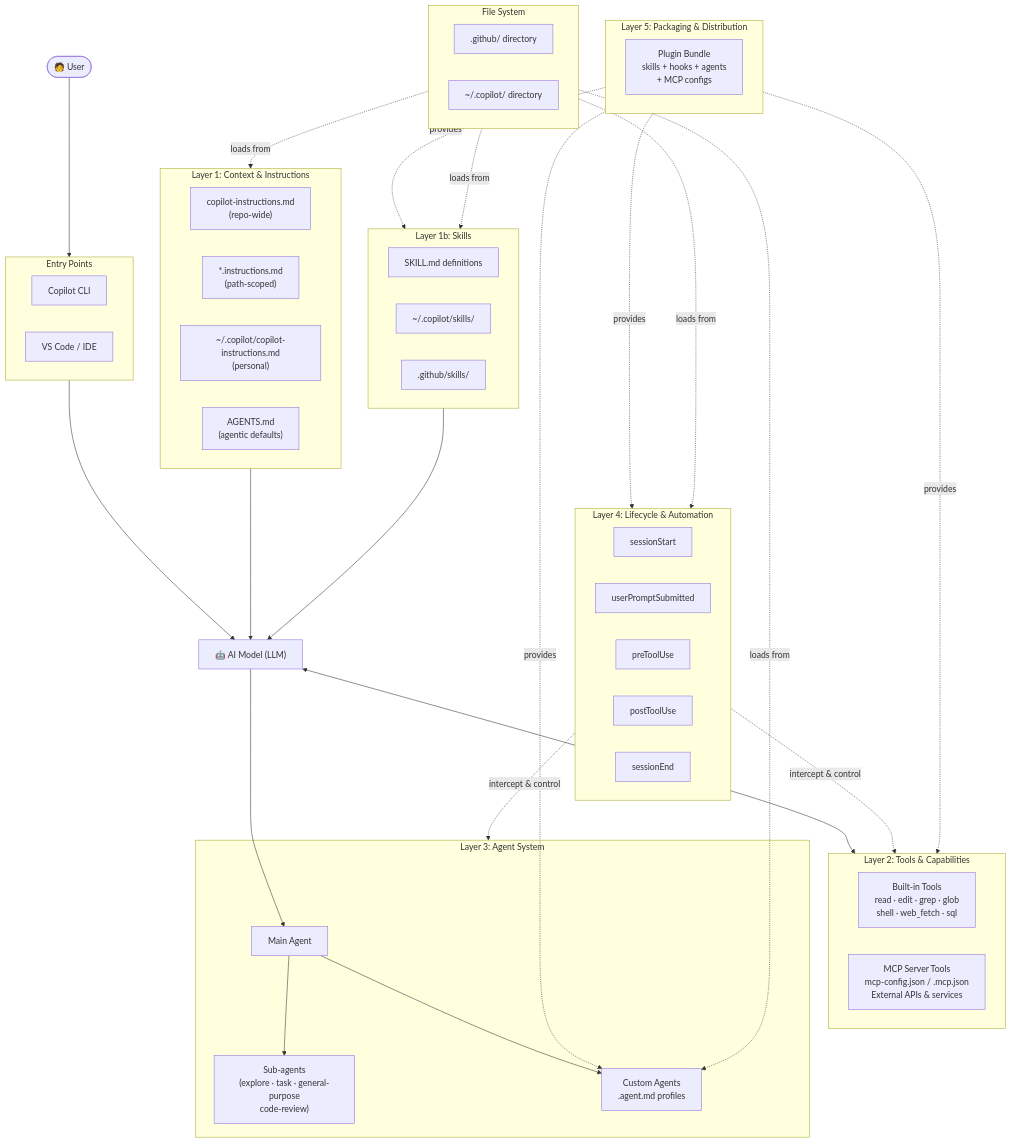
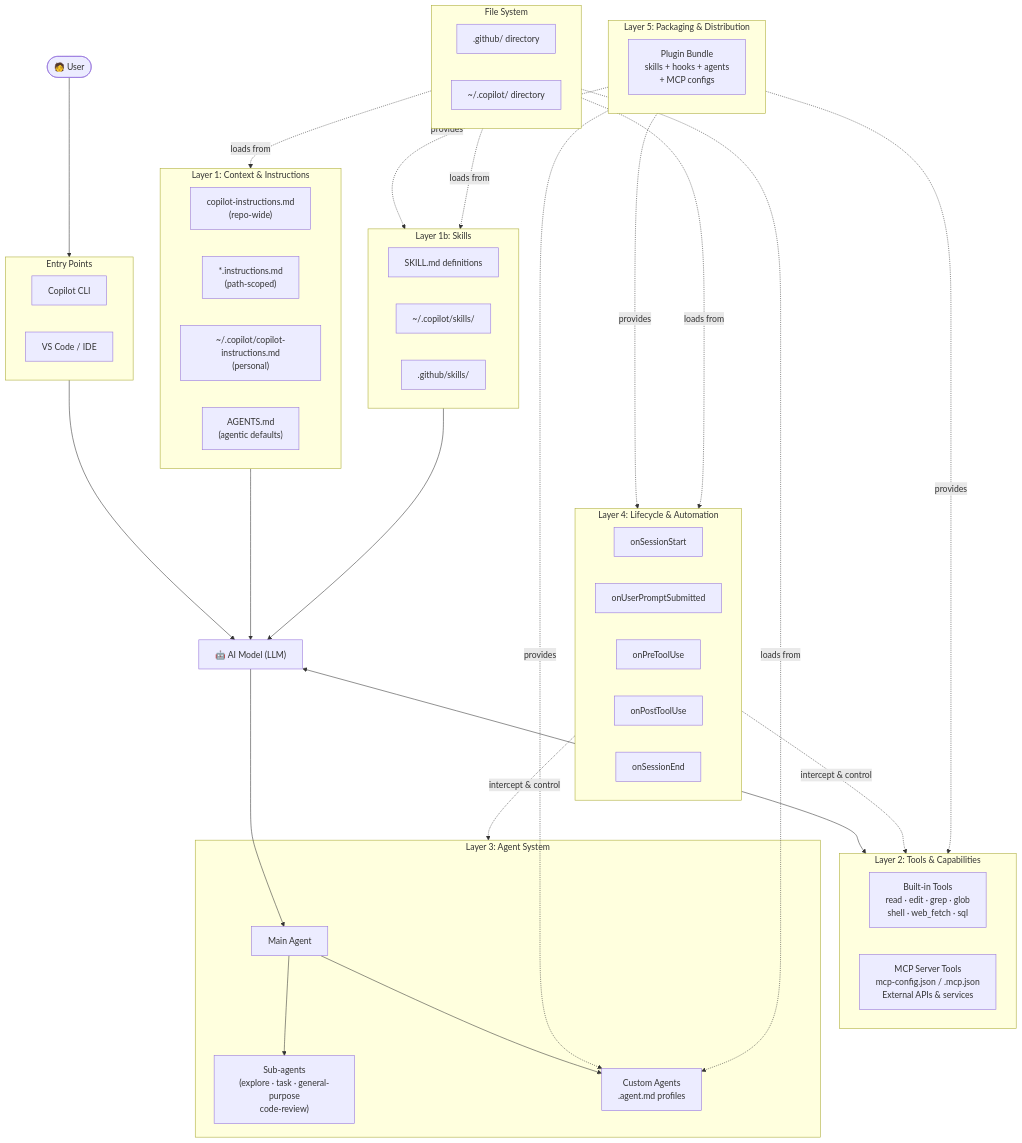
One commit to dynamics-tim/preflight changed the diagram in copilot-architecture-class/00-architecture-overview.md. Above: the diagram before and after it, drawn with Mermaid. The commit also changed other lines of this file and 14 other files, not shown here.

````diff
--- a/copilot-architecture-class/00-architecture-overview.md
+++ b/copilot-architecture-class/00-architecture-overview.md
@@ -9,78 +9,78 @@
 ```mermaid
 flowchart TD
     User([🧑 User])
 
     User --> Interface
 
     subgraph Interface["Entry Points"]
         CLI["Copilot CLI"]
         IDE["VS Code / IDE"]
     end
 
     Interface --> LLM["🤖 AI Model (LLM)"]
 
     subgraph Context["Layer 1: Context & Instructions"]
         RepoInstr["copilot-instructions.md<br/>(repo-wide)"]
         PathInstr["*.instructions.md<br/>(path-scoped)"]
         PersonalInstr["~/.copilot/copilot-instructions.md<br/>(personal)"]
         AgentsMD["AGENTS.md<br/>(agentic defaults)"]
     end
 
     subgraph Skills["Layer 1b: Skills"]
         SkillDef["SKILL.md definitions"]
         SkillPersonal["~/.copilot/skills/"]
         SkillRepo[".github/skills/"]
     end
 
     Context --> LLM
     Skills --> LLM
 
     subgraph Tools["Layer 2: Tools & Capabilities"]
         direction LR
         BuiltIn["Built-in Tools<br/>read · edit · grep · glob<br/>shell · web_fetch · sql"]
         MCP["MCP Server Tools<br/>mcp-config.json / .mcp.json<br/>External APIs & services"]
     end
 
     LLM <--> Tools
 
     subgraph Agents["Layer 3: Agent System"]
         MainAgent["Main Agent"]
         SubAgents["Sub-agents<br/>(explore · task · general-purpose<br/>code-review)"]
         CustomAgents["Custom Agents<br/>.agent.md profiles"]
         MainAgent --> SubAgents
         MainAgent --> CustomAgents
     end
 
     LLM --> MainAgent
 
     subgraph Hooks["Layer 4: Lifecycle & Automation"]
         direction LR
-        HookStart["sessionStart"]
-        HookPrompt["userPromptSubmitted"]
-        HookPre["preToolUse"]
-        HookPost["postToolUse"]
-        HookEnd["sessionEnd"]
+        HookStart["onSessionStart"]
+        HookPrompt["onUserPromptSubmitted"]
+        HookPre["onPreToolUse"]
+        HookPost["onPostToolUse"]
+        HookEnd["onSessionEnd"]
     end
 
     Hooks -.->|"intercept & control"| Tools
     Hooks -.->|"intercept & control"| Agents
 
     subgraph Plugins["Layer 5: Packaging & Distribution"]
         PluginBundle["Plugin Bundle<br/>skills + hooks + agents<br/>+ MCP configs"]
     end
 
     Plugins -.->|"provides"| Skills
     Plugins -.->|"provides"| Hooks
     Plugins -.->|"provides"| CustomAgents
     Plugins -.->|"provides"| MCP
 
     subgraph FileSystem["File System"]
         GHDir[".github/ directory"]
         UserDir["~/.copilot/ directory"]
     end
 
     FileSystem -.->|"loads from"| Context
     FileSystem -.->|"loads from"| Skills
     FileSystem -.->|"loads from"| Hooks
     FileSystem -.->|"loads from"| CustomAgents
 ```
````
